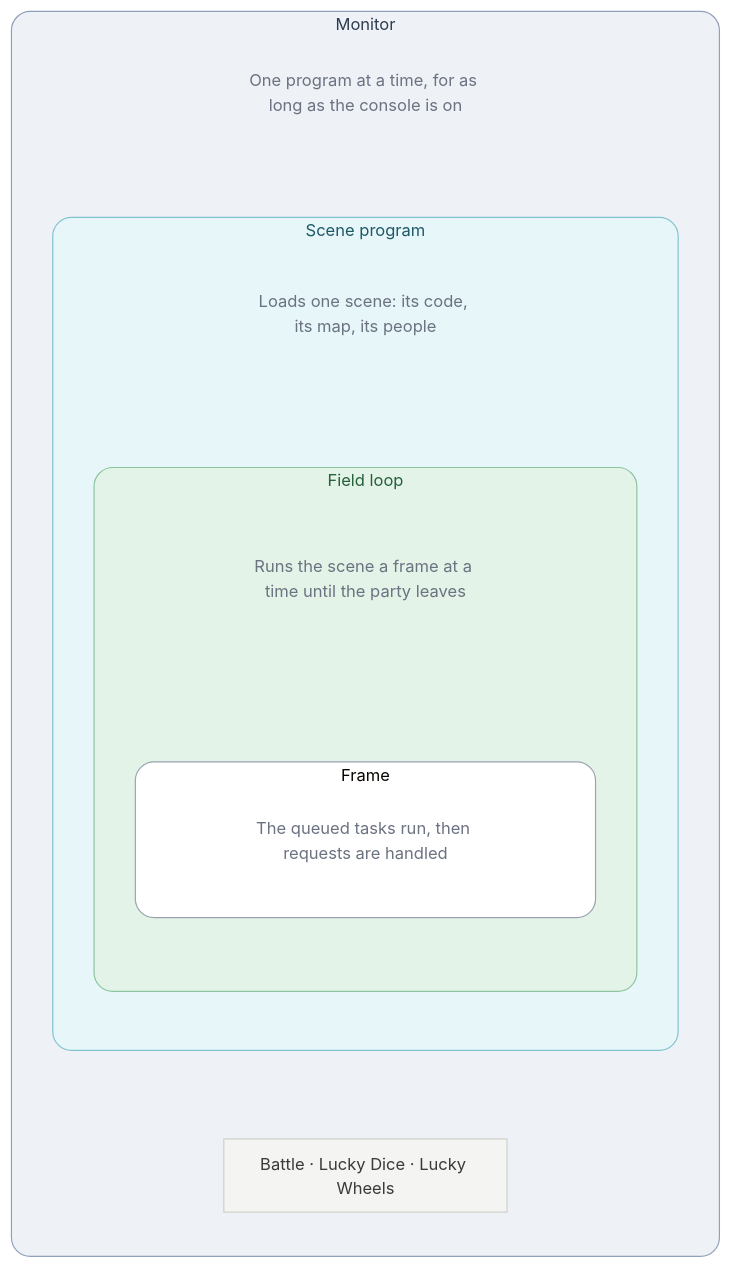
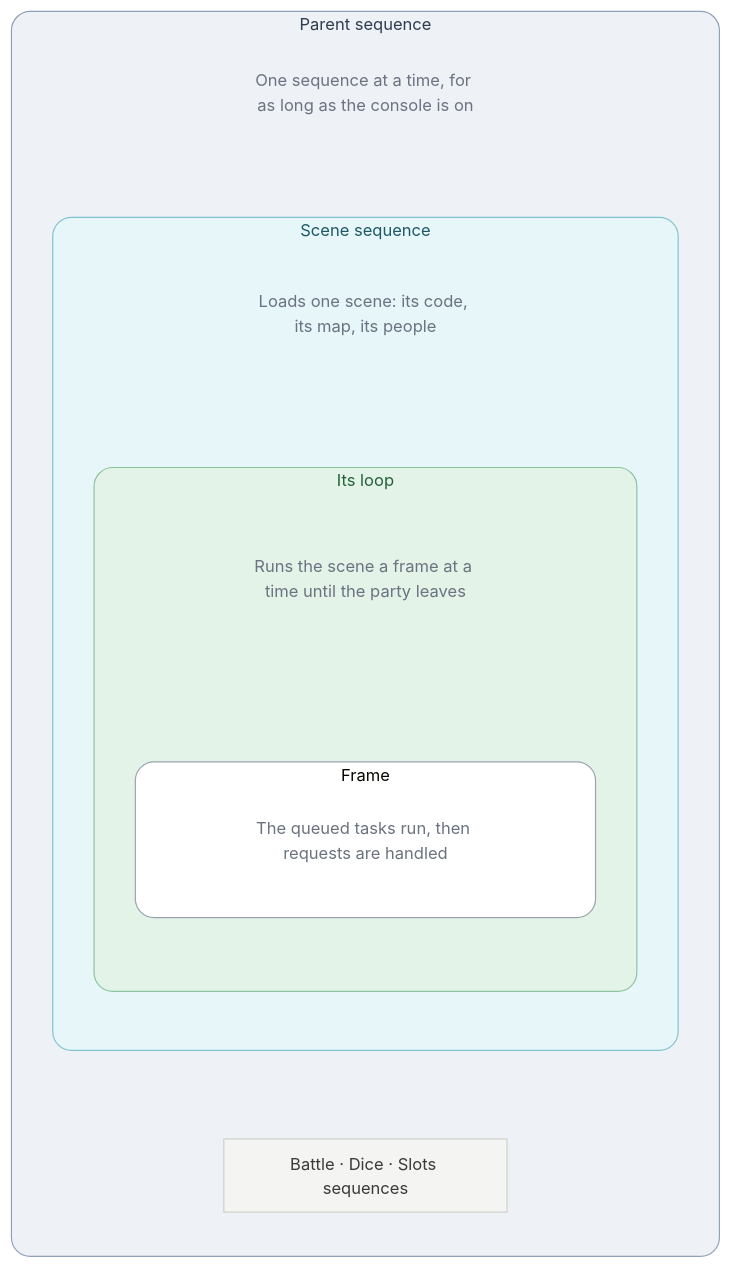
One commit to PascalPixel/alchemy changed the first of 9 diagrams in games/tbs/README.md. Above: the diagram before and after it, drawn with Mermaid. The commit also changed other lines of this file and 99 other files, not shown here.

````diff
--- a/games/tbs/README.md
+++ b/games/tbs/README.md
@@ -34,33 +35,33 @@
 ```mermaid
 %%{init: {"theme": "base", "themeVariables": {"lineColor": "#9AA3AE", "fontSize": "14px"}, "flowchart": {"padding": 10}}}%%
 flowchart TB
-  subgraph seqm ["Monitor"]
+  subgraph seqm ["Parent sequence"]
     direction TB
-    c1["One program at a time, for as long as the console is on"]
-    subgraph scene ["Scene program"]
+    c1["One sequence at a time, for as long as the console is on"]
+    subgraph scene ["Scene sequence"]
       direction TB
       c2["Loads one scene: its code, its map, its people"]
-      subgraph mgr ["Field loop"]
+      subgraph mgr ["Its loop"]
         direction TB
         c3["Runs the scene a frame at a time until the party leaves"]
         subgraph frame ["Frame"]
           direction LR
           c4["The queued tasks run, then requests are handled"]
         end
       end
     end
-    others["Battle · Lucky Dice · Lucky Wheels"]
+    others["Battle · Dice · Slots sequences"]
   end
   c1 ~~~ scene
   c2 ~~~ mgr
   c3 ~~~ frame
   scene ~~~ others
   classDef caption fill:transparent,stroke:transparent,color:#6B7280
   classDef step fill:#F4F4F2,stroke:#CFCFCB,color:#3A3A38
   class c1,c2,c3,c4 caption
   class others step
   style seqm fill:#EEF1F6,stroke:#8FA0B8,color:#2E3C50,rx:16,ry:16
   style scene fill:#E6F6F9,stroke:#7FC3D0,color:#1E5966,rx:16,ry:16
   style mgr fill:#E4F3E8,stroke:#8DC49E,color:#25603A,rx:16,ry:16
   style frame fill:#FFFFFF,stroke:#9AA3AE,rx:16,ry:16
 ```
````
